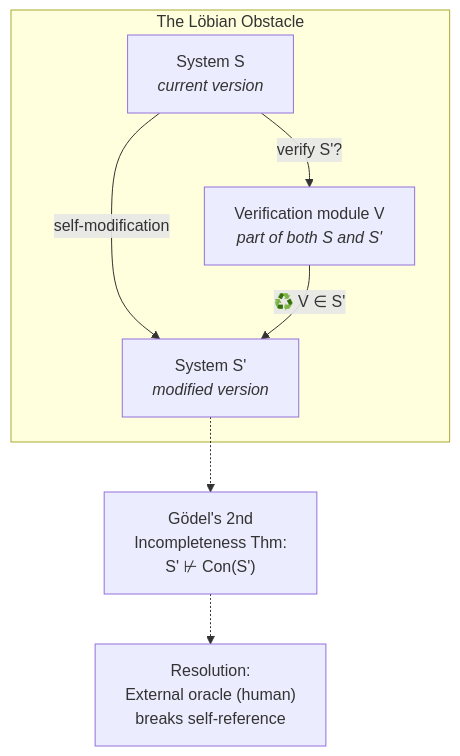
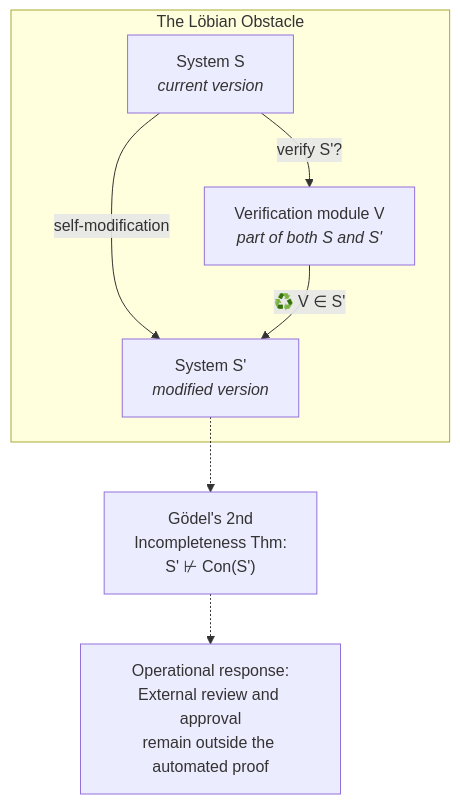
One commit to docxology/codomyrmex changed the second of 2 diagrams in docs/agi/formal_specification.md. Above: the diagram before and after it, drawn with Mermaid. The commit also changed other lines of this file and 287 other files, not shown here.

````diff
--- a/docs/agi/formal_specification.md
+++ b/docs/agi/formal_specification.md
@@ -100,18 +117,18 @@
 ```mermaid
 graph TD
     subgraph LOBIAN["The Löbian Obstacle"]
         S["System S<br/><i>current version</i>"]
         S_PRIME["System S'<br/><i>modified version</i>"]
         VERIFY["Verification module V<br/><i>part of both S and S'</i>"]
     end
 
     S -->|"self-modification"| S_PRIME
     S -->|"verify S'?"| VERIFY
     VERIFY -->|"♻️ V ∈ S'"| S_PRIME
 
     GODEL["Gödel's 2nd<br/>Incompleteness Thm:<br/>S' ⊬ Con(S')"]
     S_PRIME -.-> GODEL
 
-    RESOLUTION["Resolution:<br/>External oracle (human)<br/>breaks self-reference"]
+    RESOLUTION["Operational response:<br/>External review and approval<br/>remain outside the automated proof"]
     GODEL -.-> RESOLUTION
 ```
````
